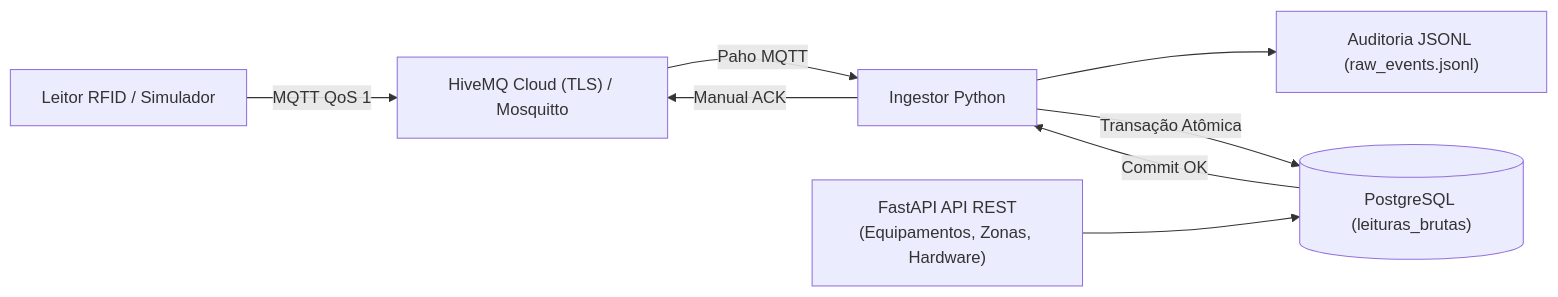
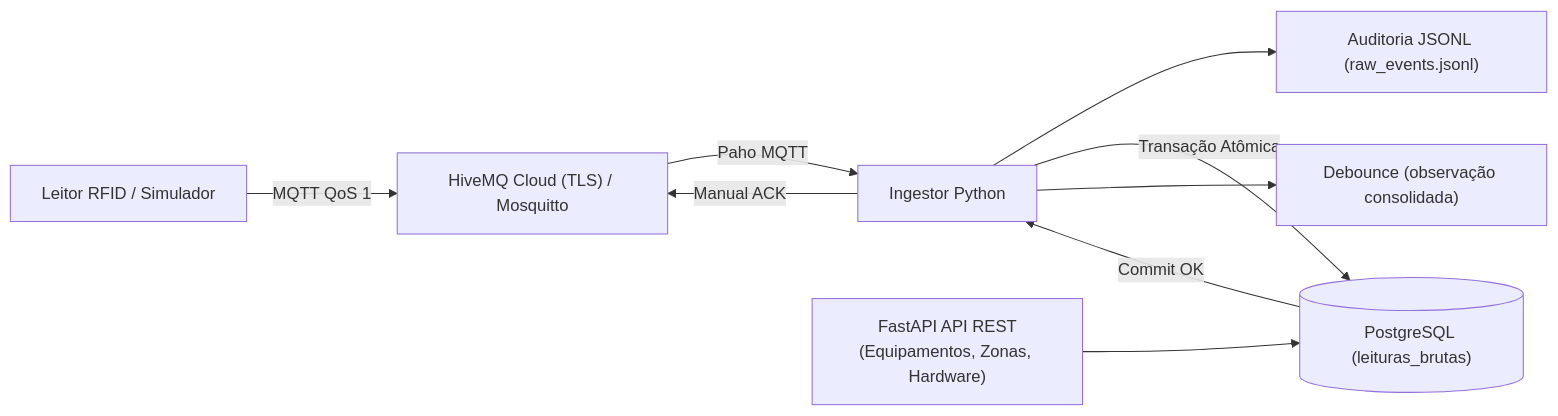
Before and after one commit to OtavioBrandao/rastreamento-rfid-hupaa: the diagram in README.md, drawn with Mermaid. The commit also changed other lines of this file and 4 other files, not shown here.

````diff
--- a/README.md
+++ b/README.md
@@ -36,10 +36,11 @@
 ```mermaid
 flowchart LR
     LEITOR["Leitor RFID / Simulador"] -->|MQTT QoS 1| BROKER["HiveMQ Cloud (TLS) / Mosquitto"]
     BROKER -->|Paho MQTT| INGESTOR["Ingestor Python"]
     INGESTOR --> JSONL["Auditoria JSONL (raw_events.jsonl)"]
     INGESTOR -->|Transação Atômica| POSTGRES[("PostgreSQL (leituras_brutas)")]
     POSTGRES -->|Commit OK| INGESTOR
+    INGESTOR --> DEBOUNCE["Debounce (observação consolidada)"]
     INGESTOR -->|Manual ACK| BROKER
     FASTAPI["FastAPI API REST<br/>(Equipamentos, Zonas, Hardware)"] --> POSTGRES
 ```
````
